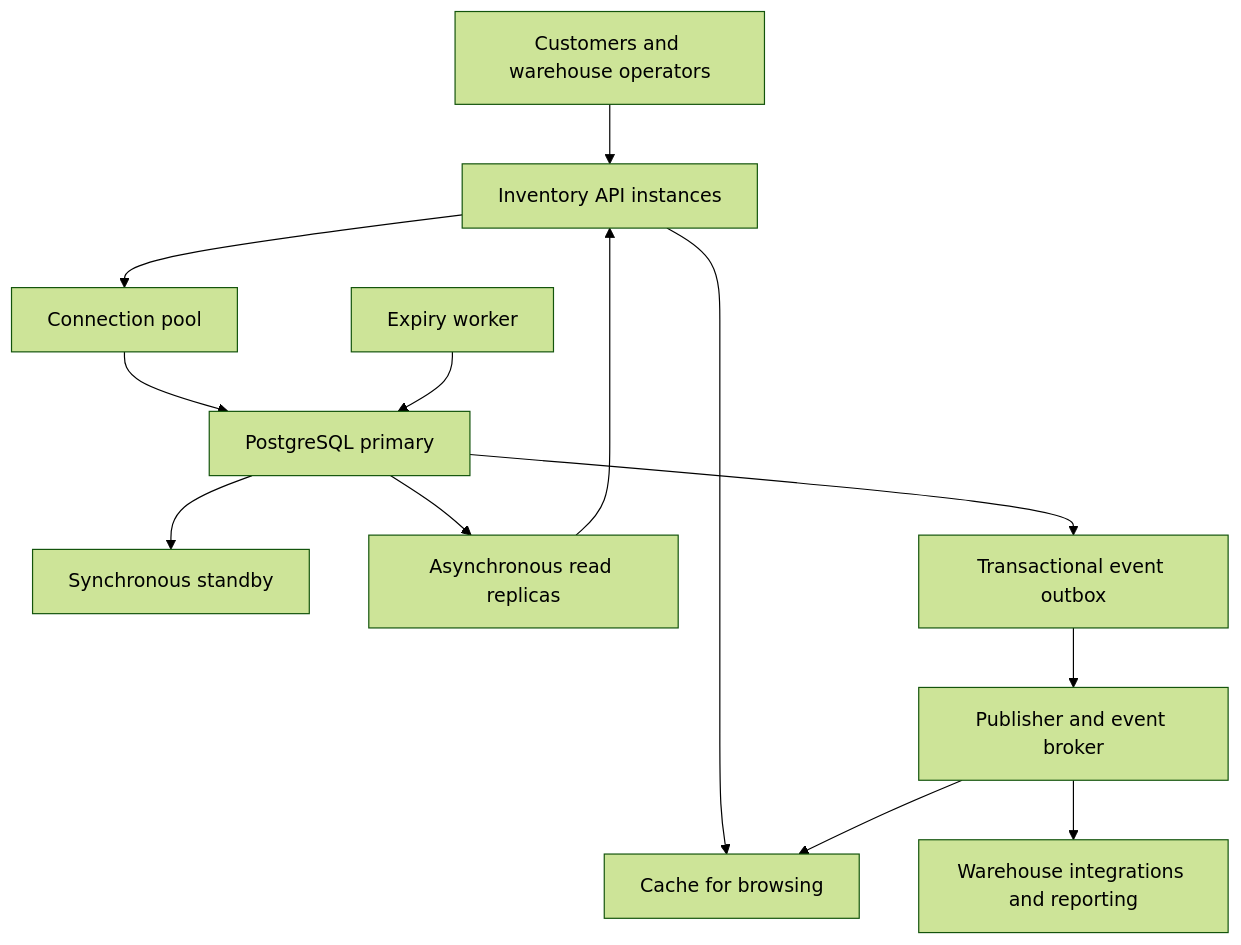
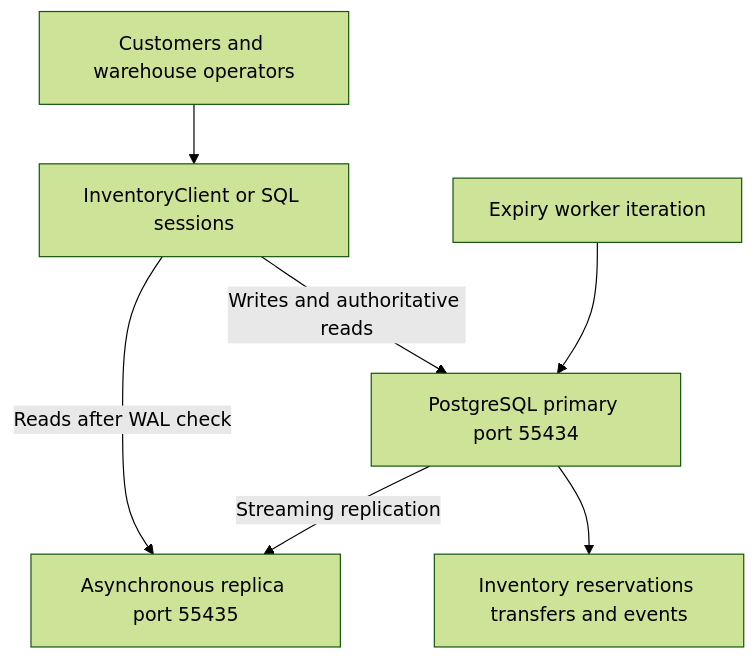
One commit to Madik981/inventory-management-db-design changed the first of 3 diagrams in REPORT.md. Above: the diagram before and after it, drawn with Mermaid (forest theme). The commit also changed other lines of this file and 19 other files, not shown here.

Commit message:
Update inventory management with replication, transfers, tests, and reports

````diff
--- a/REPORT.md
+++ b/REPORT.md
@@ -15,15 +21,9 @@
 ```mermaid
 flowchart TD
-    A[Customers and warehouse operators] --> B[Inventory API instances]
-    B --> C[Connection pool]
-    C --> D[PostgreSQL primary]
-    D --> E[Synchronous standby]
-    D --> F[Asynchronous read replicas]
-    B --> G[Cache for browsing]
-    F --> B
-    H[Expiry worker] --> D
-    D --> I[Transactional event outbox]
-    I --> J[Publisher and event broker]
-    J --> G
-    J --> K[Warehouse integrations and reporting]
+    A[Customers and warehouse operators] --> B[InventoryClient or SQL sessions]
+    B -->|Writes and authoritative reads| C[PostgreSQL primary port 55434]
+    B -->|Reads after WAL check| D[Asynchronous replica port 55435]
+    C -->|Streaming replication| D
+    E[Expiry worker iteration] --> C
+    C --> F[Inventory reservations transfers and events]
 ```
````
